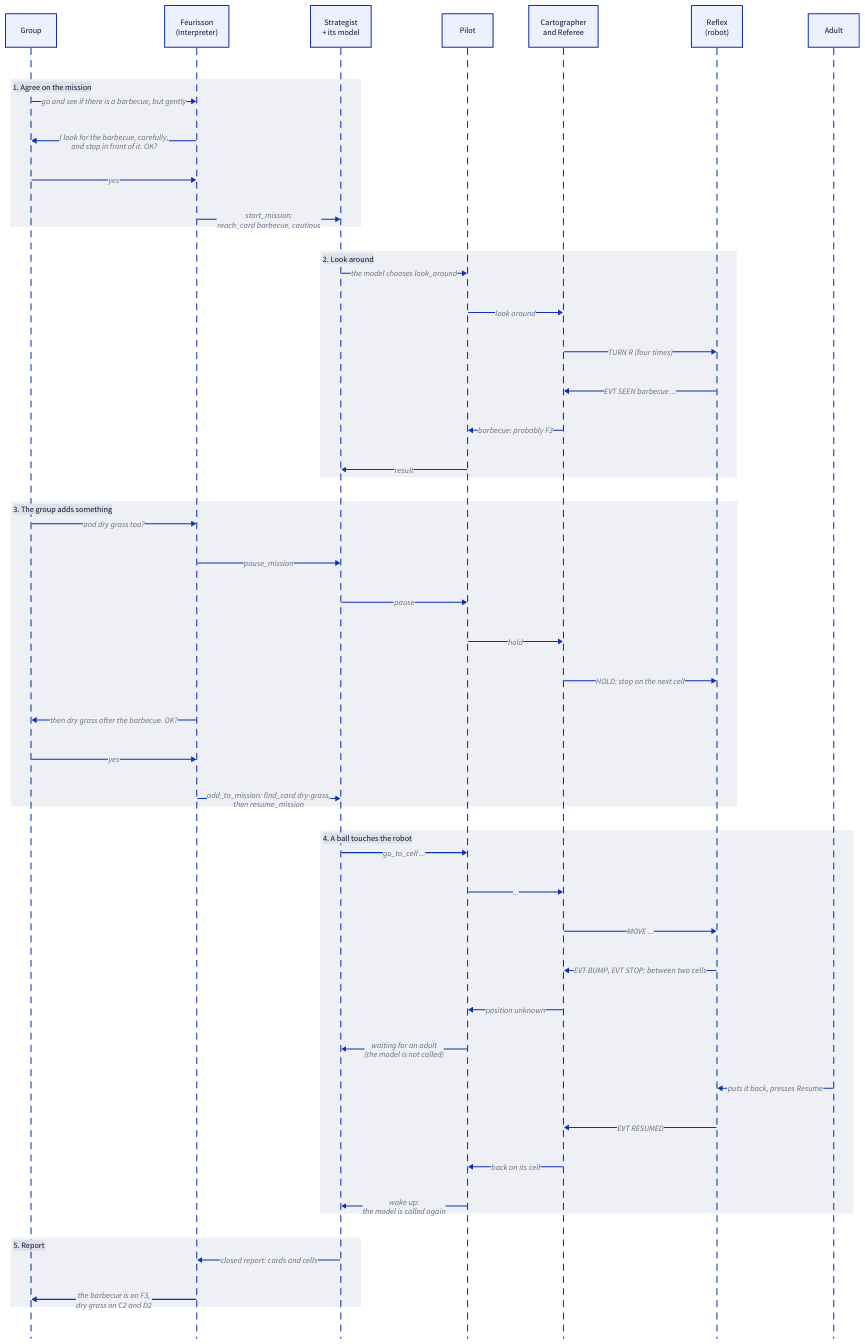
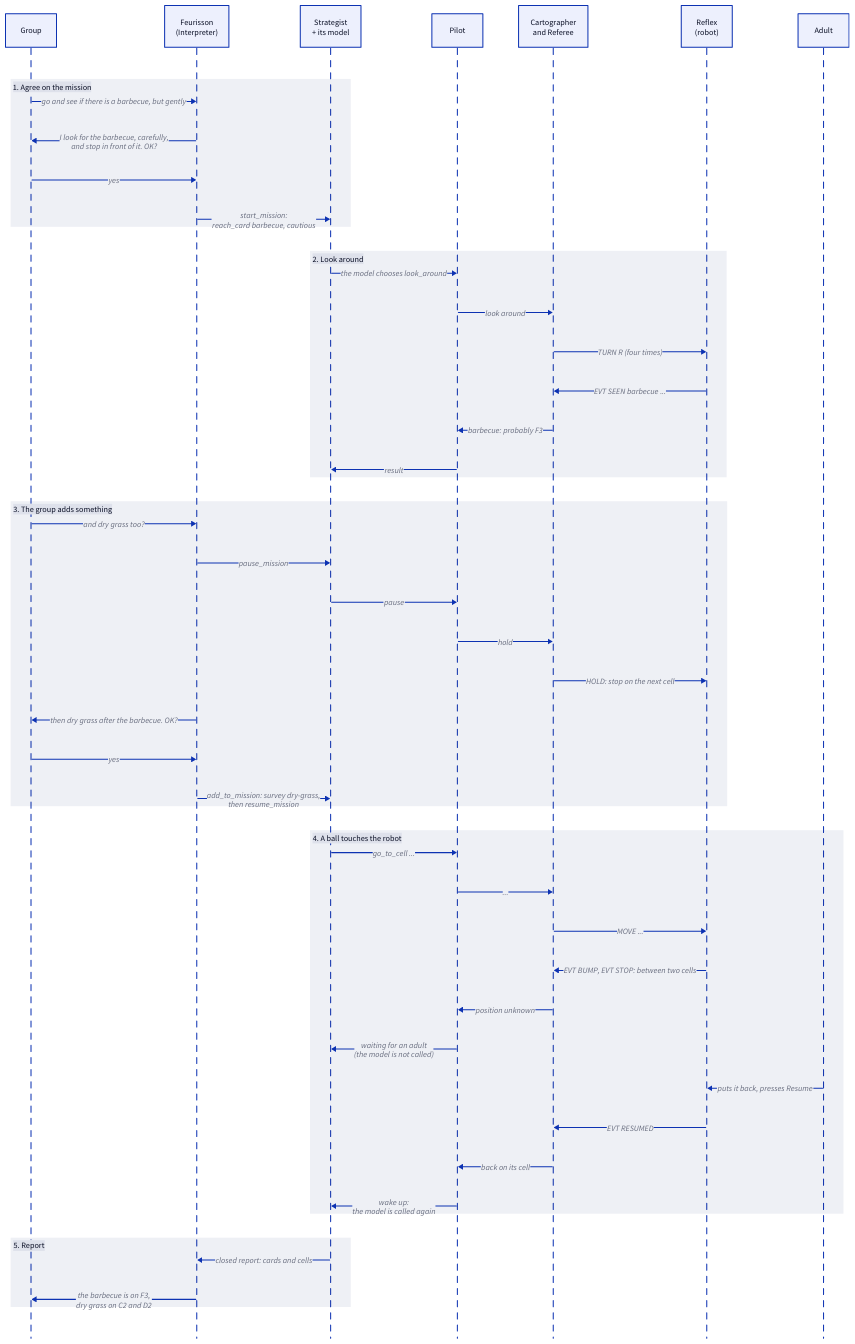
The diagram in images/10-mission-sequence.d2 (Youth-AI-Lab/yal-robot-guide), drawn with D2 before and after one commit. The commit also changed 21 other files, not shown here.

```diff
--- a/images/10-mission-sequence.d2
+++ b/images/10-mission-sequence.d2
@@ -1,57 +1,57 @@
 # 10. One mission from end to end: "go and see if there is a barbecue, but gently".
 # Route tools (the default). Time goes down. An illustration of the design, not a recorded run.
 
 shape: sequence_diagram
 
 group: "Group"
 feurisson: "Feurisson\n(Interpreter)"
 strategist: "Strategist\n+ its model"
 pilot: "Pilot"
 below: "Cartographer\nand Referee"
 reflex: "Reflex\n(robot)"
 adult: "Adult"
 
 agree: "1. Agree on the mission" {
   group -> feurisson: "go and see if there is a barbecue, but gently"
   feurisson -> group: "I look for the barbecue, carefully,\nand stop in front of it. OK?"
   group -> feurisson: "yes"
   feurisson -> strategist: "start_mission:\nreach_card barbecue, cautious"
 }
 
 look: "2. Look around" {
   strategist -> pilot: "the model chooses look_around"
   pilot -> below: "look around"
   below -> reflex: "TURN R (four times)"
   reflex -> below: "EVT SEEN barbecue ..."
   below -> pilot: "barbecue: probably F3"
   pilot -> strategist: "result"
 }
 
 add: "3. The group adds something" {
   group -> feurisson: "and dry grass too?"
   feurisson -> strategist: "pause_mission"
   strategist -> pilot: "pause"
   pilot -> below: "hold"
   below -> reflex: "HOLD: stop on the next cell"
   feurisson -> group: "then dry grass after the barbecue. OK?"
   group -> feurisson: "yes"
-  feurisson -> strategist: "add_to_mission: find_card dry-grass,\nthen resume_mission"
+  feurisson -> strategist: "add_to_mission: survey dry-grass,\nthen resume_mission"
 }
 
 bump: "4. A ball touches the robot" {
   strategist -> pilot: "go_to_cell ..."
   pilot -> below: "..."
   below -> reflex: "MOVE ..."
   reflex -> below: "EVT BUMP, EVT STOP: between two cells"
   below -> pilot: "position unknown"
   pilot -> strategist: "waiting for an adult\n(the model is not called)"
   adult -> reflex: "puts it back, presses Resume"
   reflex -> below: "EVT RESUMED"
   below -> pilot: "back on its cell"
   pilot -> strategist: "wake up:\nthe model is called again"
 }
 
 report: "5. Report" {
   strategist -> feurisson: "closed report: cards and cells"
   feurisson -> group: "the barbecue is on F3,\ndry grass on C2 and D2"
 }
```
